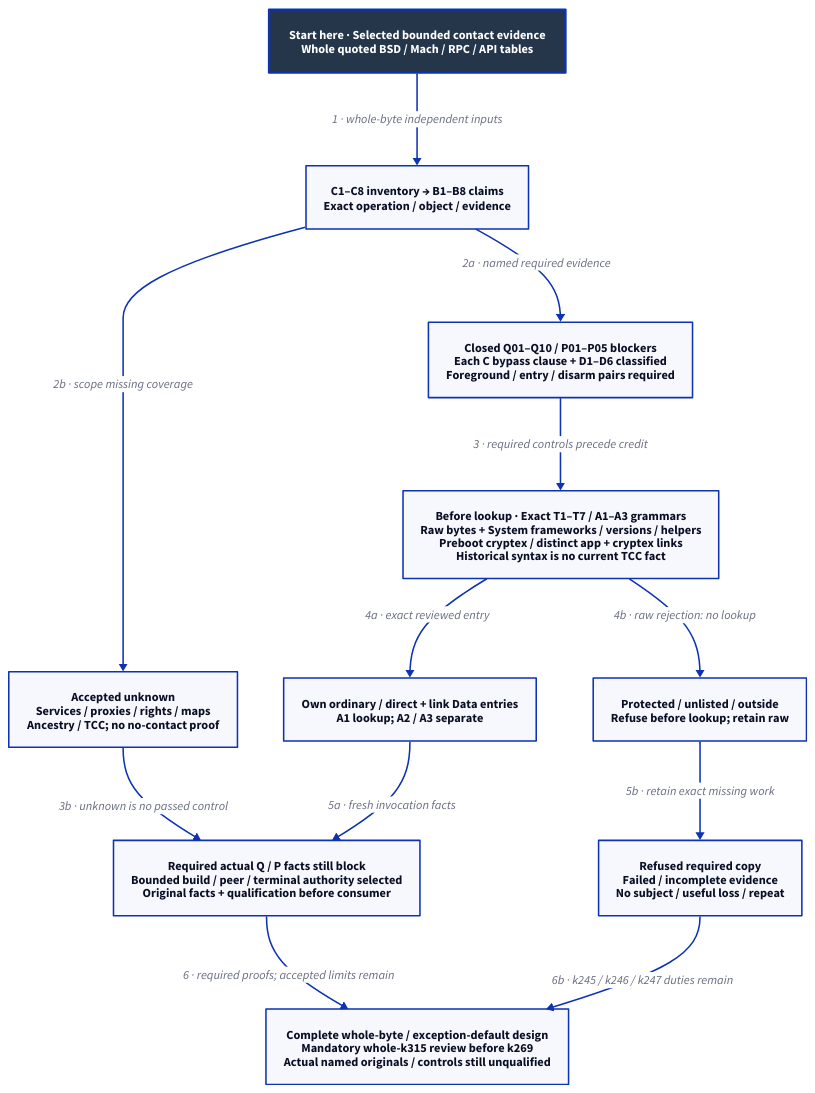
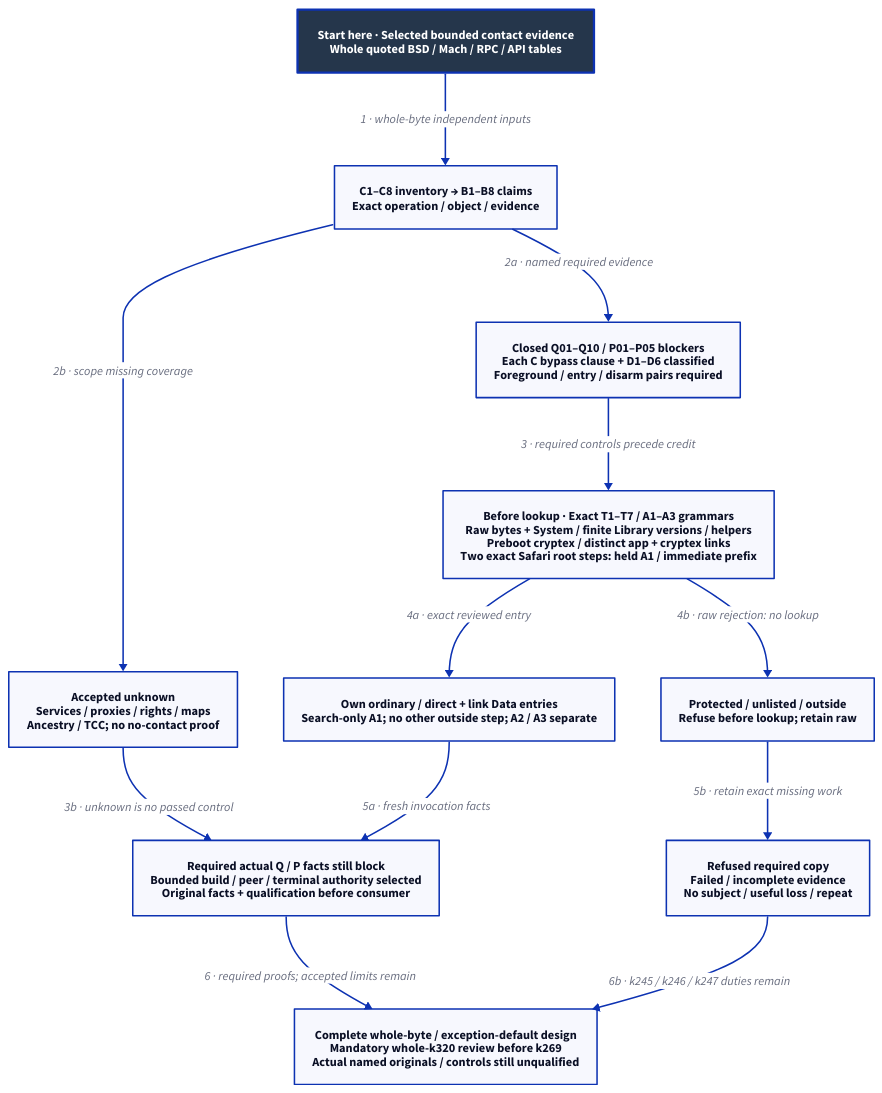
One commit to Linkuistics/Koine changed the diagram in docs/design/architecture/native-reference-contact.d2. Above: the diagram before and after it, drawn with D2. The commit also changed 49 other files, not shown here.

```diff
--- a/docs/design/architecture/native-reference-contact.d2
+++ b/docs/design/architecture/native-reference-contact.d2
@@ -1,26 +1,26 @@
 # Selected bounded contact/pre-lookup design; no control or target evidence supplied.
 direction: down
 classes: {
   start: {style: {fill: "#25364B"; font-color: "#FFFFFF"; bold: true; stroke-width: 3}}
 }
 Start: "Start here · Selected bounded contact evidence\nWhole quoted BSD / Mach / RPC / API tables" {class: start}
 Claims: "C1–C8 inventory → B1–B8 claims\nExact operation / object / evidence"
 Controls: "Closed Q01–Q10 / P01–P05 blockers\nEach C bypass clause + D1–D6 classified\nForeground / entry / disarm pairs required"
 Unknown: "Accepted unknown\nServices / proxies / rights / maps\nAncestry / TCC; no no-contact proof"
-Policy: "Before lookup · Exact T1–T7 / A1–A3 grammars\nRaw bytes + System frameworks / versions / helpers\nPreboot cryptex / distinct app + cryptex links\nHistorical syntax is no current TCC fact"
-Allowed: "Own ordinary / direct + link Data entries\nA1 lookup; A2 / A3 separate"
+Policy: "Before lookup · Exact T1–T7 / A1–A3 grammars\nRaw bytes + System / finite Library versions / helpers\nPreboot cryptex / distinct app + cryptex links\nTwo exact Safari root steps: held A1 / immediate prefix"
+Allowed: "Own ordinary / direct + link Data entries\nSearch-only A1; no other outside step; A2 / A3 separate"
 Refuse: "Protected / unlisted / outside\nRefuse before lookup; retain raw"
 Gate: "Required actual Q / P facts still block\nBounded build / peer / terminal authority selected\nOriginal facts + qualification before consumer"
 Failed: "Refused required copy\nFailed / incomplete evidence\nNo subject / useful loss / repeat"
-Whole: "Complete whole-byte / exception-default design\nMandatory whole-k315 review before k269\nActual named originals / controls still unqualified"
+Whole: "Complete whole-byte / exception-default design\nMandatory whole-k320 review before k269\nActual named originals / controls still unqualified"
 Start -> Claims: "1 · whole-byte independent inputs"
 Claims -> Controls: "2a · named required evidence"
 Claims -> Unknown: "2b · scope missing coverage"
 Controls -> Policy: "3 · required controls precede credit"
 Unknown -> Gate: "3b · unknown is no passed control"
 Policy -> Allowed: "4a · exact reviewed entry"
 Policy -> Refuse: "4b · raw rejection: no lookup"
 Allowed -> Gate: "5a · fresh invocation facts"
 Refuse -> Failed: "5b · retain exact missing work"
 Gate -> Whole: "6 · required proofs; accepted limits remain"
 Failed -> Whole: "6b · k245 / k246 / k247 duties remain"
```
